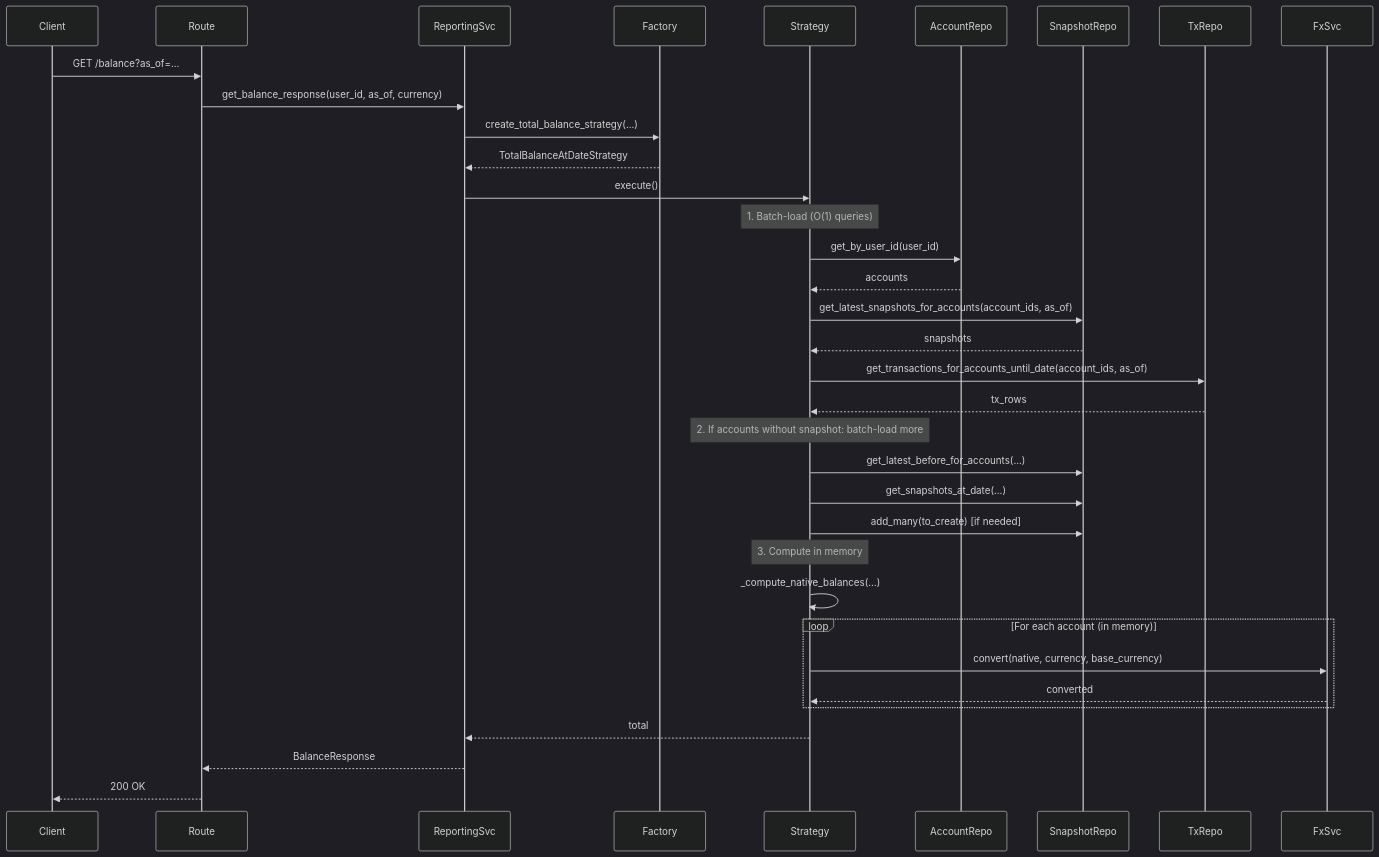
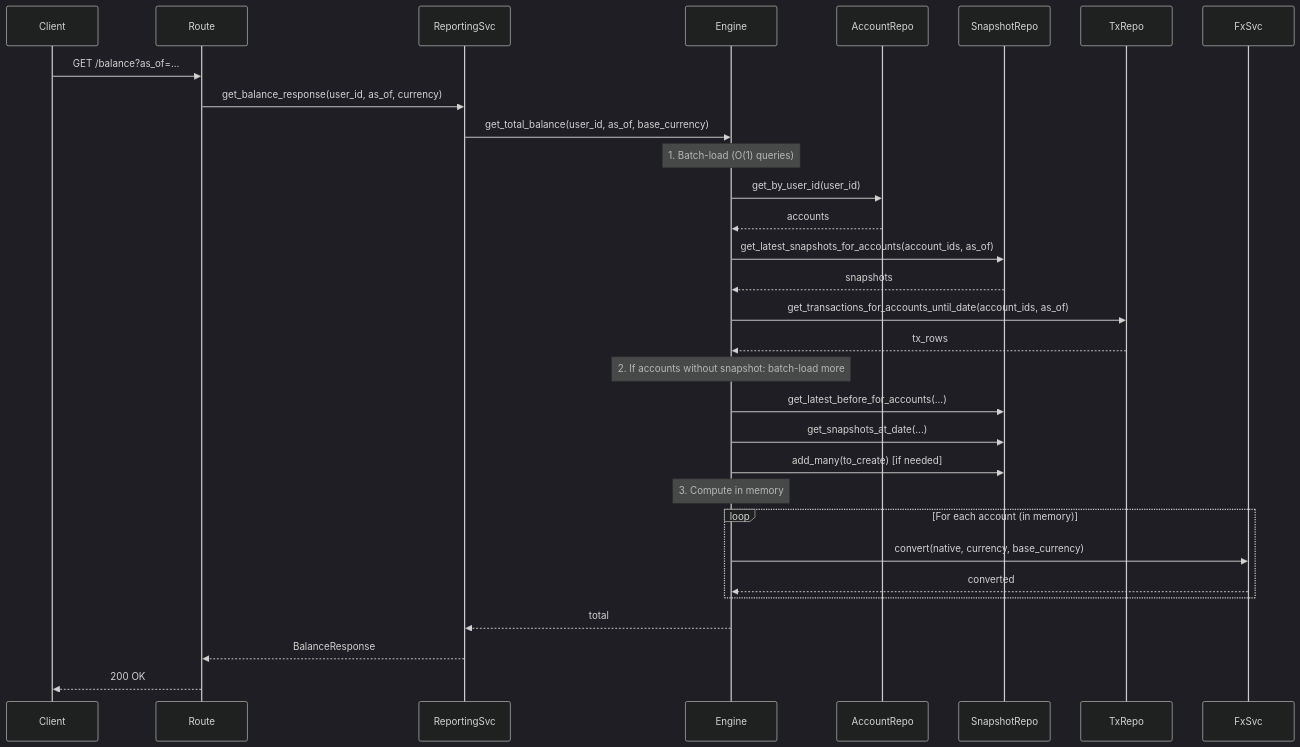
One commit to robz-code/smart-finances-back changed the second of 6 diagrams in docs/BalanceEngineDiagrams.md. Above: the diagram before and after it, drawn with Mermaid (dark theme). The commit also changed other lines of this file and 11 other files, not shown here.

First line of the commit message:
Refactor balance architecture to utilize BalanceEngine for reporting

````diff
--- a/docs/BalanceEngineDiagrams.md
+++ b/docs/BalanceEngineDiagrams.md
@@ -109,44 +75,39 @@
 ```mermaid
 sequenceDiagram
     participant Client
     participant Route
     participant ReportingSvc
-    participant Factory
-    participant Strategy
+    participant Engine
     participant AccountRepo
     participant SnapshotRepo
     participant TxRepo
     participant FxSvc
 
     Client->>Route: GET /balance?as_of=...
     Route->>ReportingSvc: get_balance_response(user_id, as_of, currency)
 
-    ReportingSvc->>Factory: create_total_balance_strategy(...)
-    Factory-->>ReportingSvc: TotalBalanceAtDateStrategy
+    ReportingSvc->>Engine: get_total_balance(user_id, as_of, base_currency)
 
-    ReportingSvc->>Strategy: execute()
+    Note over Engine: 1. Batch-load (O(1) queries)
+    Engine->>AccountRepo: get_by_user_id(user_id)
+    AccountRepo-->>Engine: accounts
+    Engine->>SnapshotRepo: get_latest_snapshots_for_accounts(account_ids, as_of)
+    SnapshotRepo-->>Engine: snapshots
+    Engine->>TxRepo: get_transactions_for_accounts_until_date(account_ids, as_of)
+    TxRepo-->>Engine: tx_rows
 
-    Note over Strategy: 1. Batch-load (O(1) queries)
-    Strategy->>AccountRepo: get_by_user_id(user_id)
-    AccountRepo-->>Strategy: accounts
-    Strategy->>SnapshotRepo: get_latest_snapshots_for_accounts(account_ids, as_of)
-    SnapshotRepo-->>Strategy: snapshots
-    Strategy->>TxRepo: get_transactions_for_accounts_until_date(account_ids, as_of)
-    TxRepo-->>Strategy: tx_rows
+    Note over Engine: 2. If accounts without snapshot: batch-load more
+    Engine->>SnapshotRepo: get_latest_before_for_accounts(...)
+    Engine->>SnapshotRepo: get_snapshots_at_date(...)
+    Engine->>SnapshotRepo: add_many(to_create)  [if needed]
 
-    Note over Strategy: 2. If accounts without snapshot: batch-load more
-    Strategy->>SnapshotRepo: get_latest_before_for_accounts(...)
-    Strategy->>SnapshotRepo: get_snapshots_at_date(...)
-    Strategy->>SnapshotRepo: add_many(to_create)  [if needed]
-
-    Note over Strategy: 3. Compute in memory
-    Strategy->>Strategy: _compute_native_balances(...)
+    Note over Engine: 3. Compute in memory
     loop For each account (in memory)
-        Strategy->>FxSvc: convert(native, currency, base_currency)
-        FxSvc-->>Strategy: converted
+        Engine->>FxSvc: convert(native, currency, base_currency)
+        FxSvc-->>Engine: converted
     end
 
-    Strategy-->>ReportingSvc: total
+    Engine-->>ReportingSvc: total
     ReportingSvc-->>Route: BalanceResponse
     Route-->>Client: 200 OK
 ```
````
